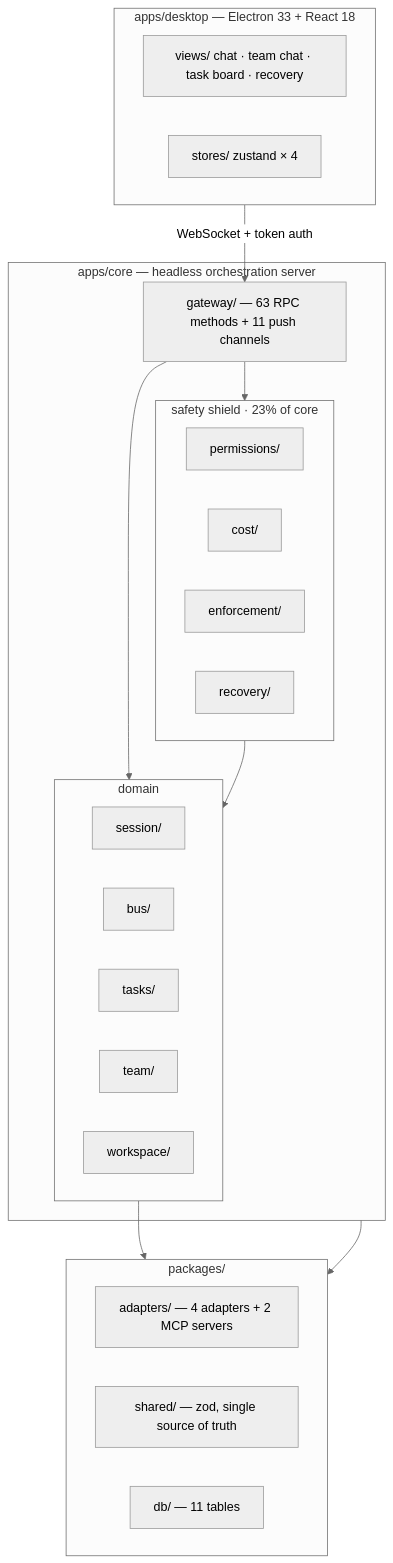
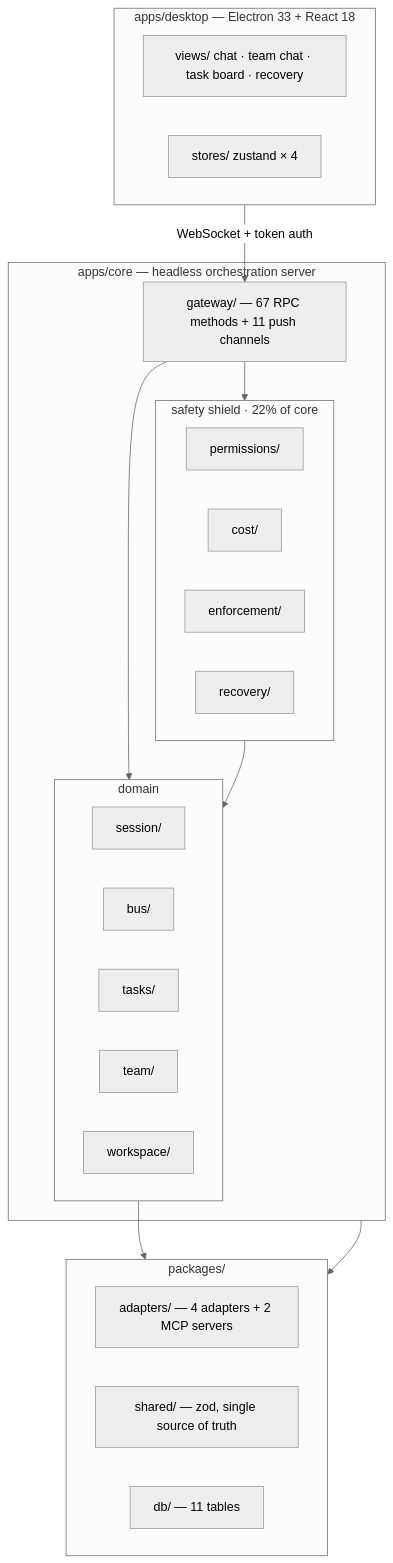
The second of 3 diagrams in README.md (xing-101729/deskmony), drawn with Mermaid (neutral theme) before and after one commit. The commit also changed other lines of this file and 10 other files, not shown here.

````diff
--- a/README.md
+++ b/README.md
@@ -108,41 +108,41 @@
 ```mermaid
 flowchart TB
     subgraph SHELL["apps/desktop — Electron 33 + React 18"]
         direction LR
         Views["views/ chat · team chat · task board · recovery"]
         Stores["stores/ zustand × 4"]
     end
 
     subgraph CORE["apps/core — headless orchestration server"]
-        GW["gateway/ — 63 RPC methods + 11 push channels"]
+        GW["gateway/ — 67 RPC methods + 11 push channels"]
         subgraph DOMAIN["domain"]
             direction LR
             Sess["session/"]
             Bus["bus/"]
             Task["tasks/"]
             Team["team/"]
             Work["workspace/"]
         end
-        subgraph SHIELD["safety shield · 23% of core"]
+        subgraph SHIELD["safety shield · 22% of core"]
             direction LR
             Perm["permissions/"]
             Cost["cost/"]
             Enf["enforcement/"]
             Rec["recovery/"]
         end
     end
 
     subgraph PKG["packages/"]
         direction LR
         Adapters["adapters/ — 4 adapters + 2 MCP servers"]
         Shared["shared/ — zod, single source of truth"]
         Db["db/ — 11 tables"]
     end
 
     SHELL -- "WebSocket + token auth" --> GW
     GW --> DOMAIN
     GW --> SHIELD
     SHIELD --> DOMAIN
     DOMAIN --> Adapters
     CORE --> Db
 ```
````
